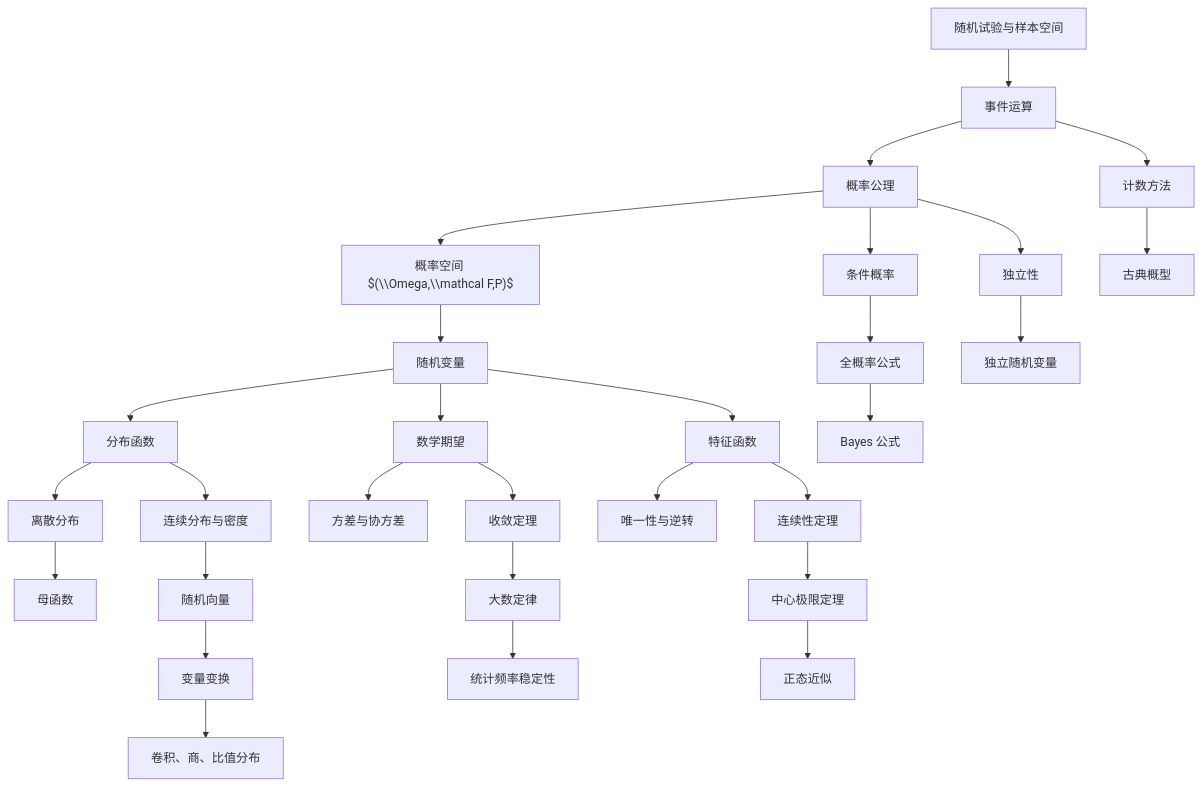
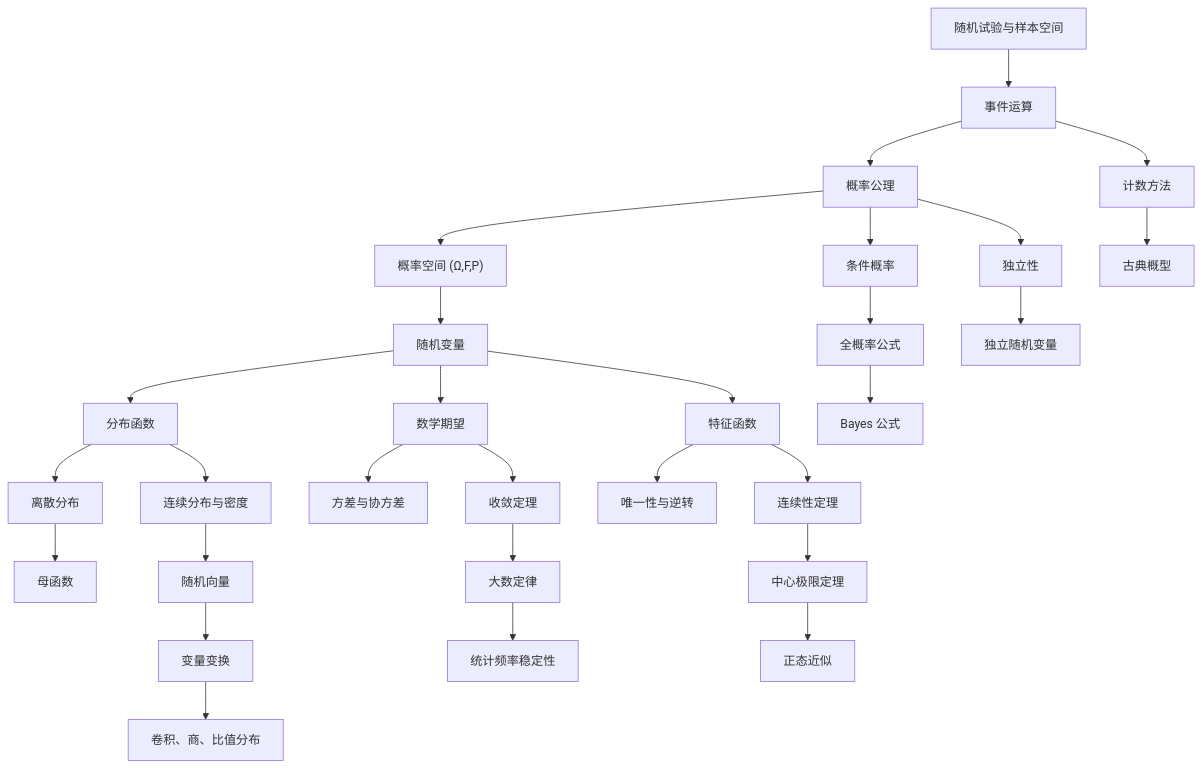
Before and after one commit to hadanice/OpenDS: the second of 2 diagrams in 概率论基础/README.md, drawn with Mermaid.

````diff
--- a/概率论基础/README.md
+++ b/概率论基础/README.md
@@ -84,31 +84,31 @@
 ```mermaid
 flowchart TD
   A["随机试验与样本空间"] --> B["事件运算"]
   B --> C["概率公理"]
   B --> D["计数方法"]
   D --> E["古典概型"]
-  C --> F["概率空间 $(\\Omega,\\mathcal F,P)$ "]
+  C --> F["概率空间 (Ω,F,P)"]
   F --> G["随机变量"]
   G --> H["分布函数"]
   H --> I["离散分布"]
   H --> J["连续分布与密度"]
   C --> K["条件概率"]
   K --> L["全概率公式"]
   L --> M["Bayes 公式"]
   C --> N["独立性"]
   N --> O["独立随机变量"]
   G --> P["数学期望"]
   P --> Q["方差与协方差"]
   P --> R["收敛定理"]
   J --> S["随机向量"]
   S --> T["变量变换"]
   T --> U["卷积、商、比值分布"]
   I --> V["母函数"]
   G --> W["特征函数"]
   W --> X["唯一性与逆转"]
   W --> Y["连续性定理"]
   R --> Z["大数定律"]
   Y --> AA["中心极限定理"]
   Z --> AB["统计频率稳定性"]
   AA --> AC["正态近似"]
 ```
````
